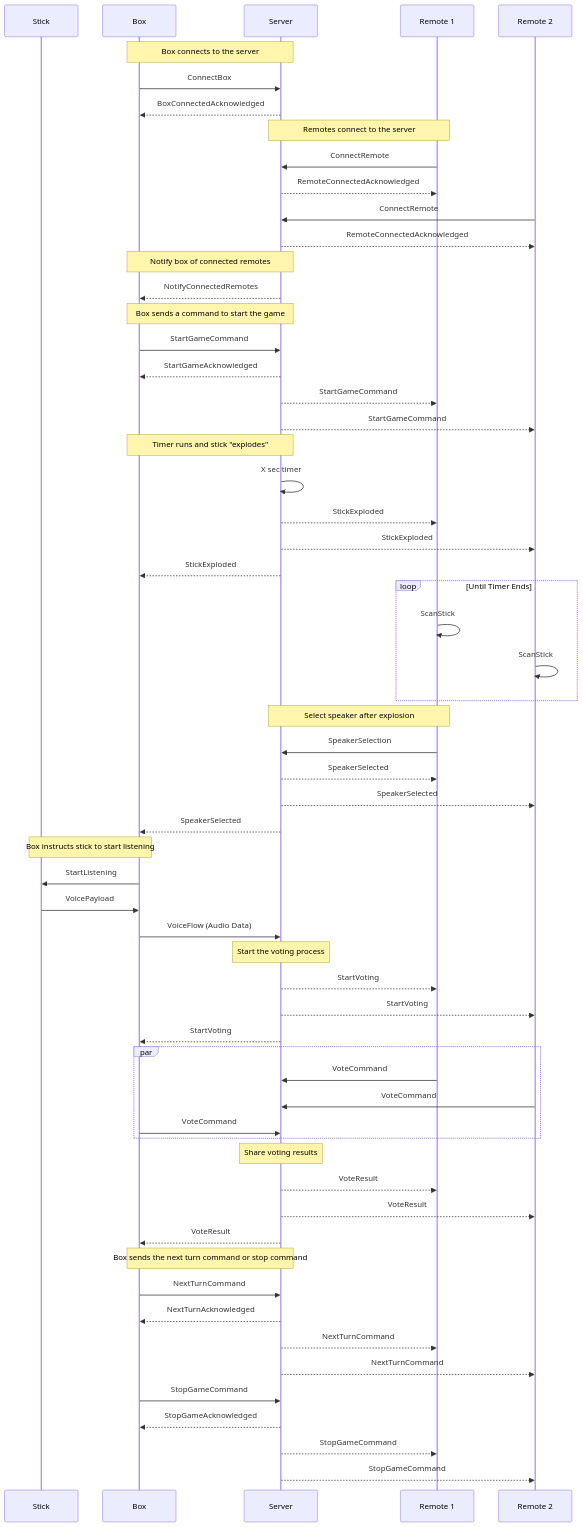
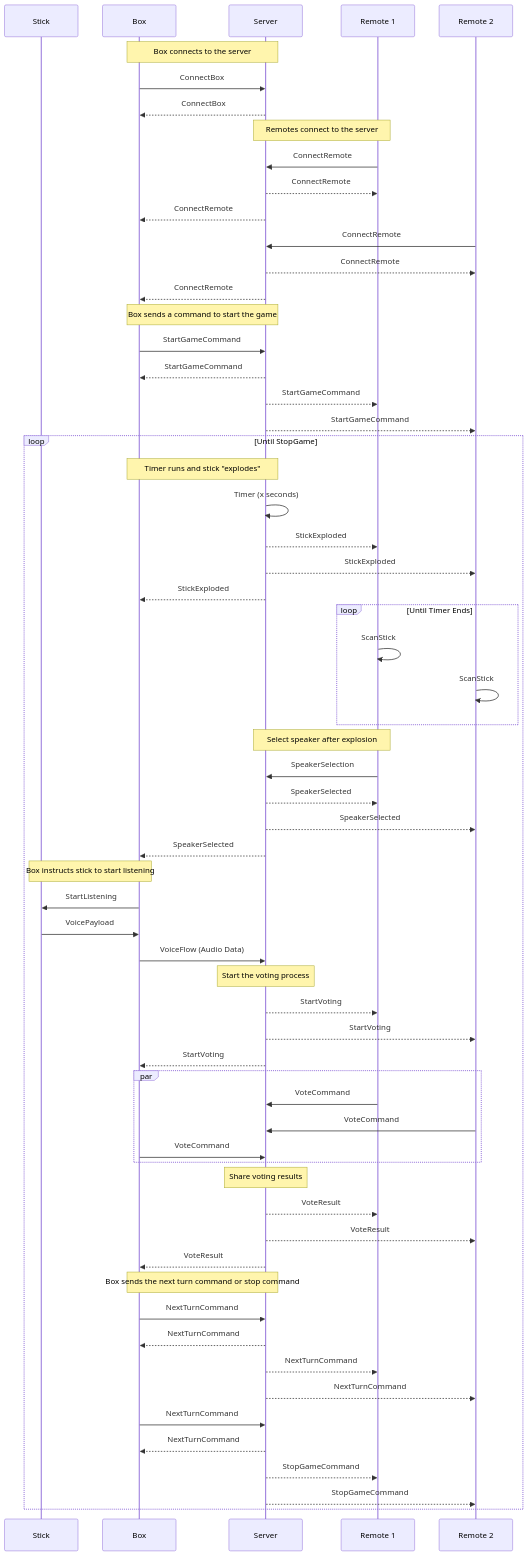
The diagram in README.md (ThibBer/anec.fun), drawn with Mermaid before and after one commit.

Commit message:
improve sequence diagram

````diff
--- a/README.md
+++ b/README.md
@@ -60,76 +60,79 @@
     participant T1 as Remote 1
     participant T2 as Remote 2
 
-    %% Connecting devices
+    %% Connecting Box
     Note over B,S: Box connects to the server
     B->>S: ConnectBox
-    S-->>B: BoxConnectedAcknowledged
+    S-->>B: ConnectBox
 
+    %% Connecting Remotes
     Note over T1,S: Remotes connect to the server
     T1->>S: ConnectRemote
-    S-->>T1: RemoteConnectedAcknowledged
+    S-->>T1: ConnectRemote
+    S-->>B: ConnectRemote
     T2->>S: ConnectRemote
-    S-->>T2: RemoteConnectedAcknowledged
+    S-->>T2: ConnectRemote
+    S-->>B: ConnectRemote
 
-    Note over S,B: Notify box of connected remotes
-    S-->>B: NotifyConnectedRemotes
-
-    %% Game start
+    %% Starting Game
     Note over B,S: Box sends a command to start the game
     B->>S: StartGameCommand
-    S-->>B: StartGameAcknowledged
+    S-->>B: StartGameCommand
     S-->>T1: StartGameCommand
     S-->>T2: StartGameCommand
 
-    %% Stick event
-    Note over S,B: Timer runs and stick "explodes"
-    S->>S: X sec timer
-    S-->>T1: StickExploded
-    S-->>T2: StickExploded
-    S-->>B: StickExploded
+    %% Game Loop
+    loop Until StopGame
+        %% Stick Exploded Event
+        Note over S,B: Timer runs and stick "explodes"
+        S->>S: Timer (x seconds)
+        S-->>T1: StickExploded
+        S-->>T2: StickExploded
+        S-->>B: StickExploded
 
-    loop Until Timer Ends
-        T1->>T1: ScanStick
-        T2->>T2: ScanStick
+        loop Until Timer Ends
+            T1->>T1: ScanStick
+            T2->>T2: ScanStick
+        end
+
+        %% Speaker Selection
+        Note over S,T1: Select speaker after explosion
+        T1->>S: SpeakerSelection
+        S-->>T1: SpeakerSelected
+        S-->>T2: SpeakerSelected
+        S-->>B: SpeakerSelected
+
+        %% Voting process
+        Note over B,A: Box instructs stick to start listening
+        B->>A: StartListening
+        A->>B: VoicePayload
+        B->>S: VoiceFlow (Audio Data)
+        Note over S: Start the voting process
+        S-->>T1: StartVoting
+        S-->>T2: StartVoting
+        S-->>B: StartVoting
+
+        par
+            T1->>S: VoteCommand
+            T2->>S: VoteCommand
+            B->>S: VoteCommand
+        end
+
+        Note over S: Share voting results
+        S-->>T1: VoteResult
+        S-->>T2: VoteResult
+        S-->>B: VoteResult
+
+        %% Next turn or stop game
+        Note over B,S: Box sends the next turn command or stop command
+        B->>S: NextTurnCommand
+        S-->>B: NextTurnCommand
+        S-->>T1: NextTurnCommand
+        S-->>T2: NextTurnCommand
+        B->>S: NextTurnCommand
+        S-->>B: NextTurnCommand
+        S-->>T1: StopGameCommand
+        S-->>T2: StopGameCommand
     end
 
-    Note over S,T1: Select speaker after explosion
-    T1->>S: SpeakerSelection
-    S-->>T1: SpeakerSelected
-    S-->>T2: SpeakerSelected
-    S-->>B: SpeakerSelected
-
-    %% Voting process
-    Note over B,A: Box instructs stick to start listening
-    B->>A: StartListening
-    A->>B: VoicePayload
-    B->>S: VoiceFlow (Audio Data)
-    Note over S: Start the voting process
-    S-->>T1: StartVoting
-    S-->>T2: StartVoting
-    S-->>B: StartVoting
-
-    par
-        T1->>S: VoteCommand
-        T2->>S: VoteCommand
-        B->>S: VoteCommand
-    end
-
-    Note over S: Share voting results
-    S-->>T1: VoteResult
-    S-->>T2: VoteResult
-    S-->>B: VoteResult
-
-    %% Next turn or stop game
-    Note over B,S: Box sends the next turn command or stop command
-    B->>S: NextTurnCommand
-    S-->>B: NextTurnAcknowledged
-    S-->>T1: NextTurnCommand
-    S-->>T2: NextTurnCommand
-    B->>S: StopGameCommand
-    S-->>B: StopGameAcknowledged
-    S-->>T1: StopGameCommand
-    S-->>T2: StopGameCommand
-
-
 ```
````
